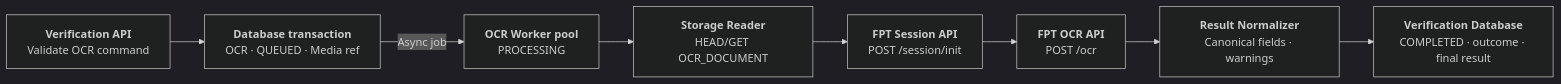
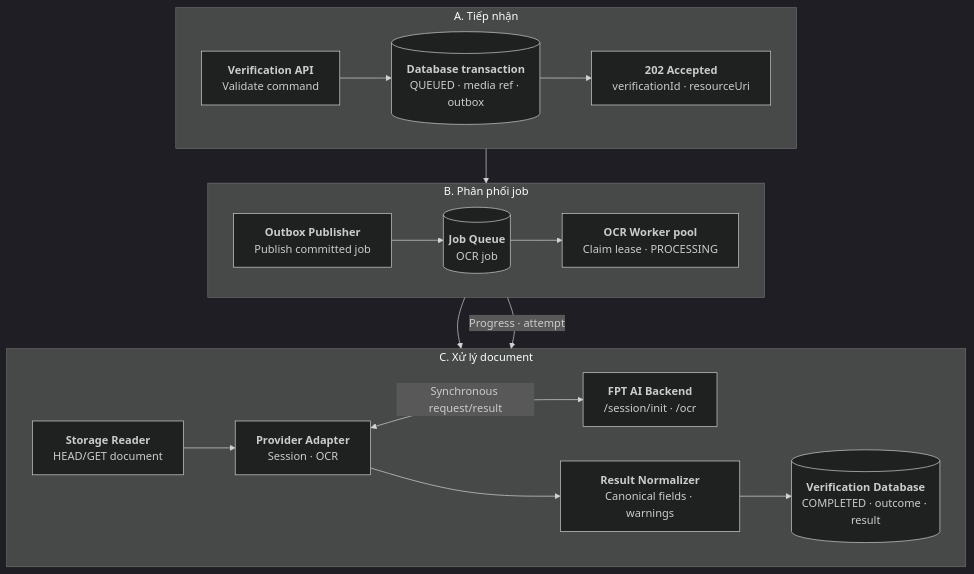
The third of 8 diagrams in noxh-ekyc.md (huynv-xyz/vhm), drawn with Mermaid (dark theme) before and after one commit. The commit also changed other lines of this file, not shown here.

````diff
--- a/noxh-ekyc.md
+++ b/noxh-ekyc.md
@@ -179,22 +192,48 @@
 ```mermaid
-flowchart LR
-    API["`**Verification API**
-Validate OCR command`"]
-    ACCEPT["`**Database transaction**
-OCR · QUEUED · Media ref`"]
-    WORKER["`**OCR Worker pool**
-PROCESSING`"]
-    READ["`**Storage Reader**
-HEAD/GET OCR_DOCUMENT`"]
-    INIT["`**FPT Session API**
-POST /session/init`"]
-    OCR["`**FPT OCR API**
-POST /ocr`"]
-    NORMALIZE["`**Result Normalizer**
+flowchart TB
+    subgraph ACCEPT["A. Tiếp nhận"]
+        direction LR
+        API["`**Verification API**
+Validate command`"]
+        DB_ACCEPT[("`**Database transaction**
+QUEUED · media ref · outbox`")]
+        RESPONSE["`**202 Accepted**
+verificationId · resourceUri`"]
+
+        API --> DB_ACCEPT --> RESPONSE
+    end
+
+    subgraph DISPATCH["B. Phân phối job"]
+        direction LR
+        PUBLISHER["`**Outbox Publisher**
+Publish committed job`"]
+        QUEUE[("`**Job Queue**
+OCR job`")]
+        WORKER["`**OCR Worker pool**
+Claim lease · PROCESSING`"]
+
+        PUBLISHER --> QUEUE --> WORKER
+    end
+
+    subgraph EXECUTE["C. Xử lý document"]
+        direction LR
+        READ["`**Storage Reader**
+HEAD/GET document`"]
+        ADAPTER["`**Provider Adapter**
+Session · OCR`"]
+        FPT["`**FPT AI Backend**
+/session/init · /ocr`"]
+        NORMALIZE["`**Result Normalizer**
 Canonical fields · warnings`"]
-    DONE["`**Verification Database**
-COMPLETED · outcome · final result`"]
+        DONE[("`**Verification Database**
+COMPLETED · outcome · result`")]
 
-    API --> ACCEPT -->|"Async job"| WORKER
-    WORKER --> READ --> INIT --> OCR --> NORMALIZE --> DONE
+        READ --> ADAPTER
+        ADAPTER <-->|"Synchronous request/result"| FPT
+        ADAPTER --> NORMALIZE --> DONE
+    end
+
+    DB_ACCEPT --> PUBLISHER
+    WORKER --> READ
+    WORKER -->|"Progress · attempt"| DONE
 ```
````
